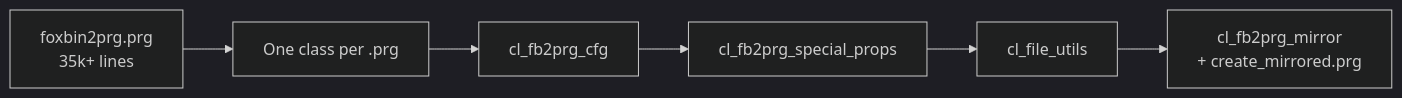
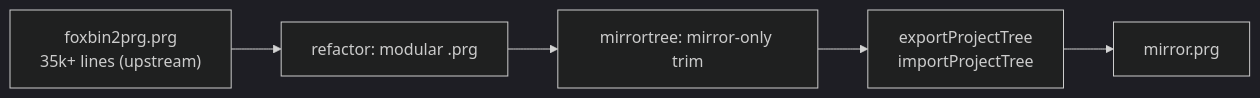
One commit to lkmatsumura/foxbin2prg changed the diagram in README.md. Above: the diagram before and after it, drawn with Mermaid (dark theme). The commit also changed other lines of this file, not shown here.

First line of the commit message:
docs: Update README for `mirrortree` branch

````diff
--- a/README.md
+++ b/README.md
@@ -56,11 +75,10 @@
 ```mermaid
 flowchart LR
-    monolith["foxbin2prg.prg\n35k+ lines"]
-    split["One class per .prg"]
-    cfg["cl_fb2prg_cfg"]
-    props["cl_fb2prg_special_props"]
-    files["cl_file_utils"]
-    mirror["cl_fb2prg_mirror\n+ create_mirrored.prg"]
+    monolith["foxbin2prg.prg\n35k+ lines (upstream)"]
+    split["refactor: modular .prg"]
+    mirror["mirrortree: mirror-only trim"]
+    api["exportProjectTree\nimportProjectTree"]
+    driver["mirror.prg"]
 
-    monolith --> split --> cfg --> props --> files --> mirror
+    monolith --> split --> mirror --> api --> driver
 ```
````
